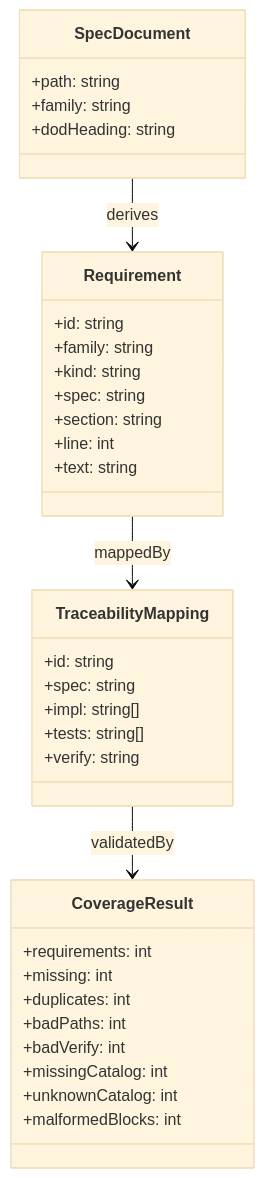
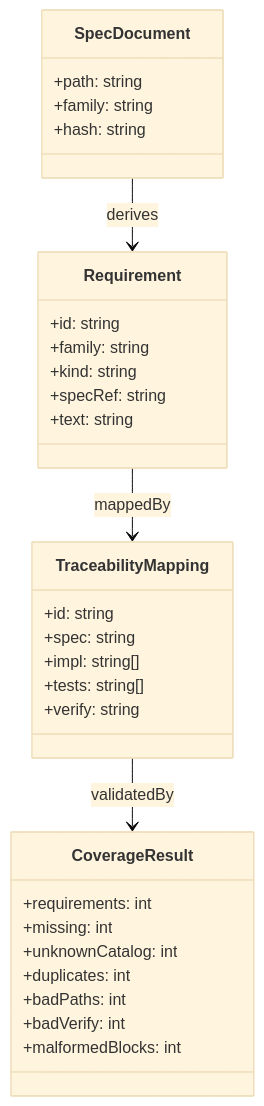
Before and after one commit to jaytaylor/attractor-tcl: the first of 5 diagrams in docs/sprints/SPRINT-002-implementation-plan.md, drawn with Mermaid (base theme). The commit also changed other lines of this file, not shown here.

````diff
--- a/docs/sprints/SPRINT-002-implementation-plan.md
+++ b/docs/sprints/SPRINT-002-implementation-plan.md
@@ -519,38 +530,35 @@
 ```mermaid
 classDiagram
   class SpecDocument {
     +path: string
     +family: string
-    +dodHeading: string
+    +hash: string
   }
   class Requirement {
     +id: string
     +family: string
     +kind: string
-    +spec: string
-    +section: string
-    +line: int
+    +specRef: string
     +text: string
   }
   class TraceabilityMapping {
     +id: string
     +spec: string
     +impl: string[]
     +tests: string[]
     +verify: string
   }
   class CoverageResult {
     +requirements: int
     +missing: int
+    +unknownCatalog: int
     +duplicates: int
     +badPaths: int
     +badVerify: int
-    +missingCatalog: int
-    +unknownCatalog: int
     +malformedBlocks: int
   }
 
   SpecDocument --> Requirement : derives
   Requirement --> TraceabilityMapping : mappedBy
   TraceabilityMapping --> CoverageResult : validatedBy
 ```
````
